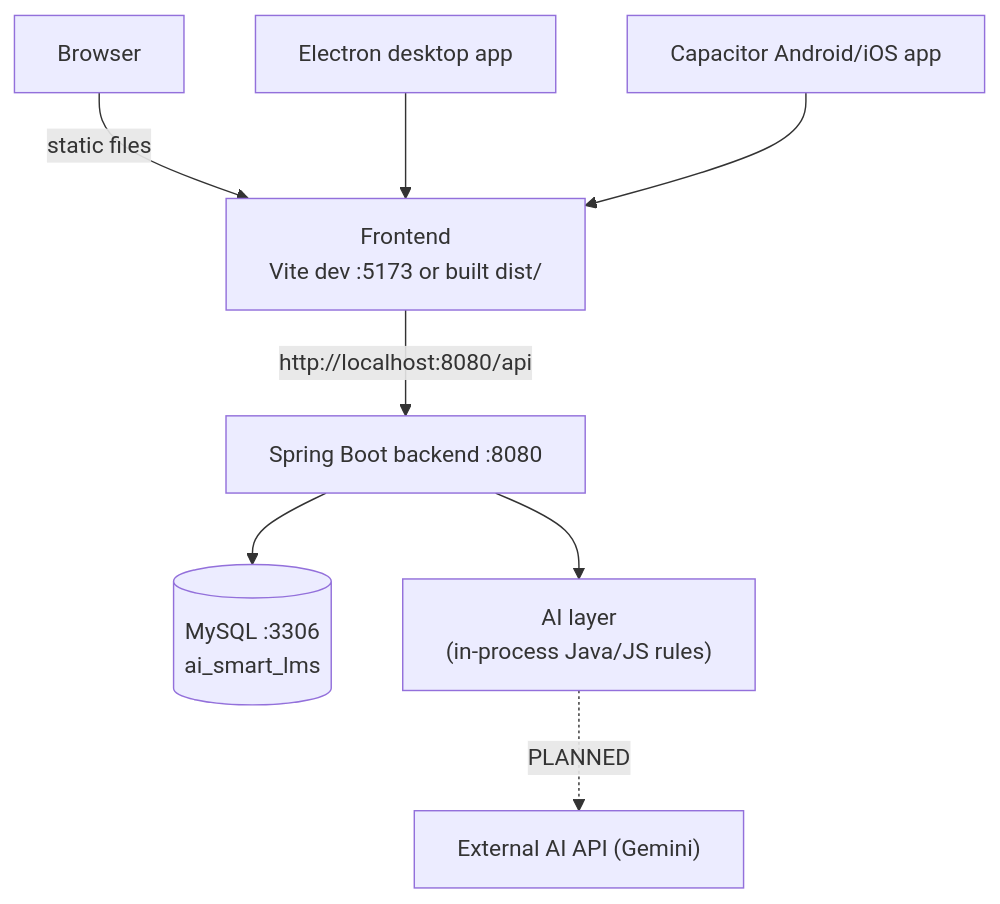
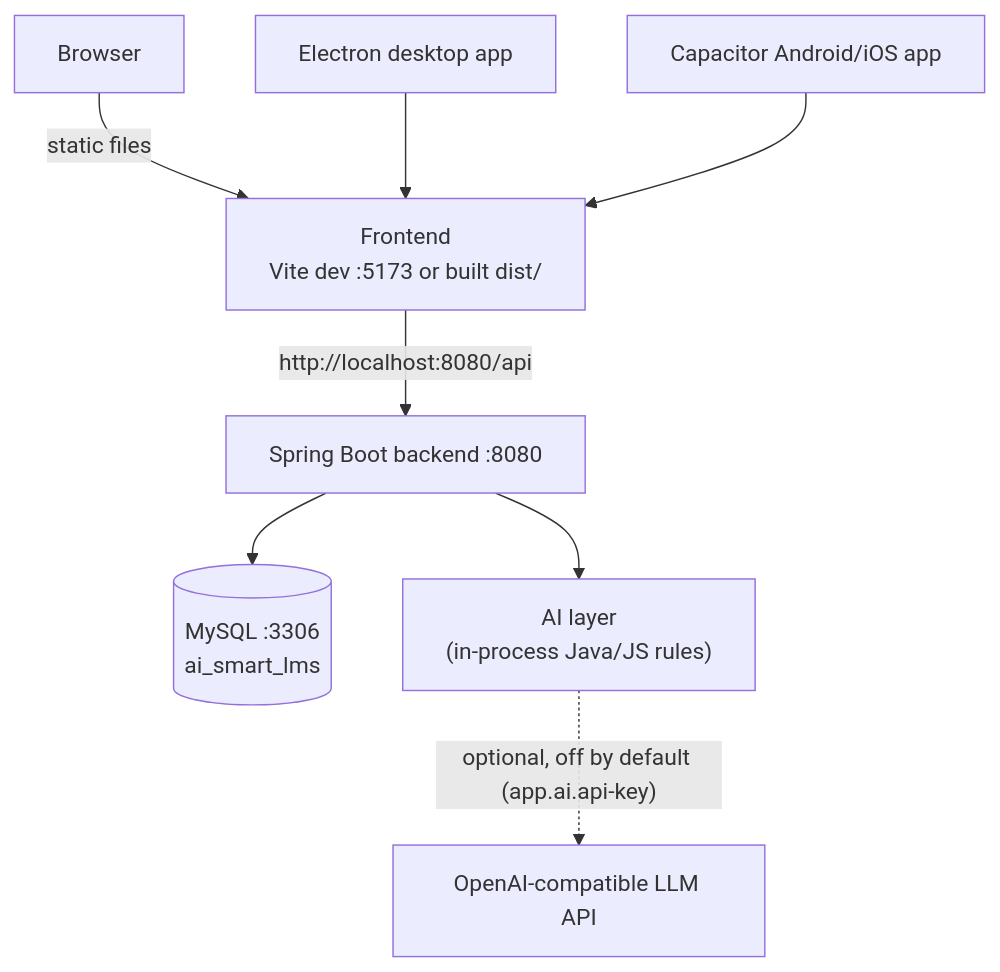
One commit to RohitDhobi/AI-Smart-LMS-Project- changed the fifth of 5 diagrams in docs/01-Project-Overview/ARCHITECTURE.md. Above: the diagram before and after it, drawn with Mermaid. The commit also changed other lines of this file, not shown here.

````diff
--- a/docs/01-Project-Overview/ARCHITECTURE.md
+++ b/docs/01-Project-Overview/ARCHITECTURE.md
@@ -423,10 +423,10 @@
 ```mermaid
 flowchart TD
     B[Browser] -->|static files| FE["Frontend<br/>Vite dev :5173 or built dist/"]
     B2[Electron desktop app] --> FE
     B3[Capacitor Android/iOS app] --> FE
     FE -->|http://localhost:8080/api| BE["Spring Boot backend :8080"]
     BE --> DB[("MySQL :3306<br/>ai_smart_lms")]
     BE --> AI["AI layer<br/>(in-process Java/JS rules)"]
-    AI -. PLANNED .-> EXT["External AI API (Gemini)"]
+    AI -. "optional, off by default (app.ai.api-key)" .-> EXT["OpenAI-compatible LLM API"]
 ```
````
